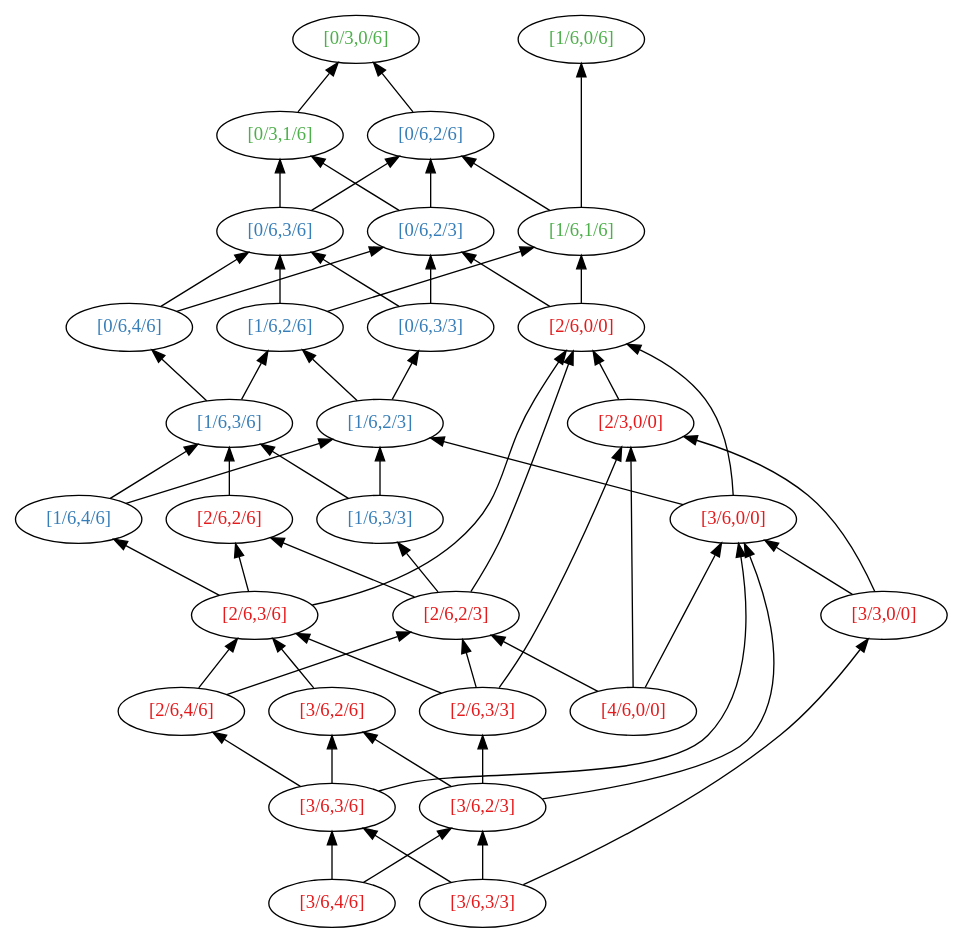
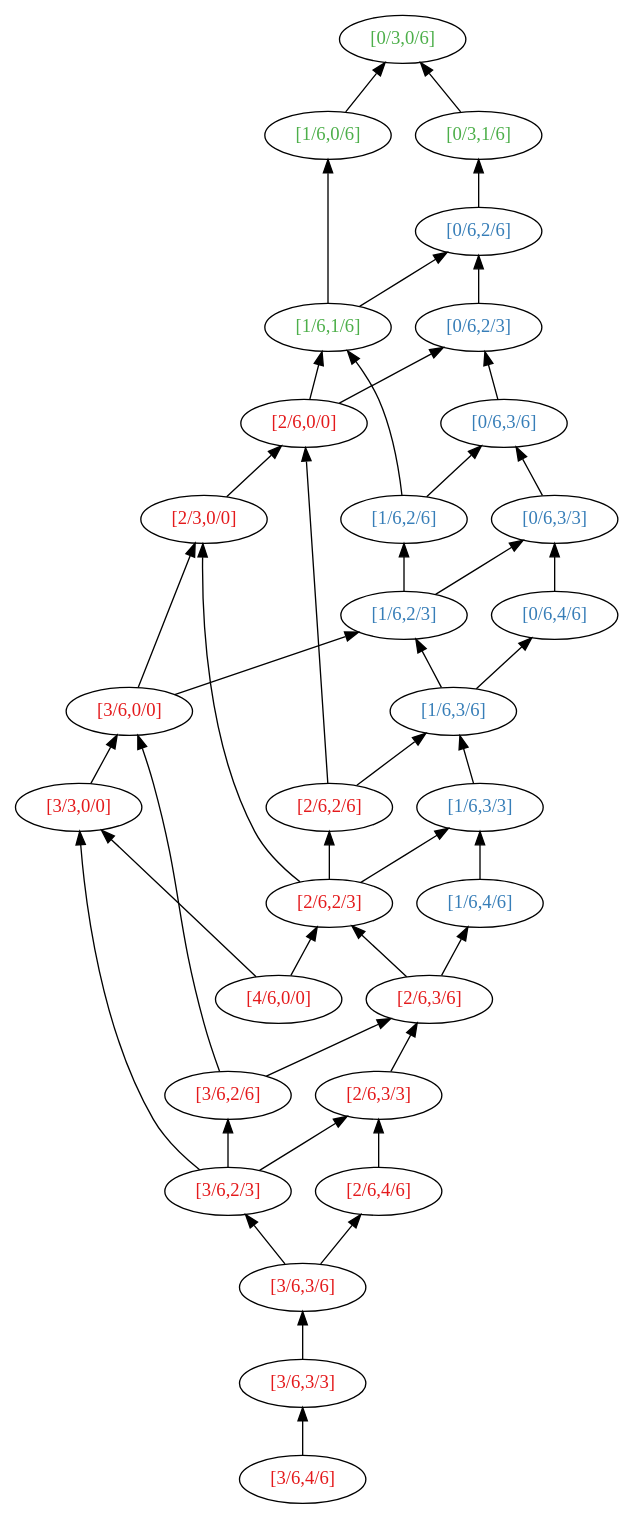
Before and after one commit to Precisfice/DEDUCTION: the diagram in HasseD2.dot, drawn with Graphviz. The commit also changed 7 other files, not shown here.

Commit message:
Update Hasse diagrams, now taller and less wide

```diff
--- a/HasseD2.dot
+++ b/HasseD2.dot
@@ -1,109 +1,108 @@
 strict digraph hasseD2 {
   rankdir=BT;
   node [colorscheme=set14, fontname="Helvetica:bold"];
   { rank=same;
-    "[3/6,3/3]" [fontcolor=1];
     "[3/6,4/6]" [fontcolor=1];
   }
   { rank=same;
-    "[3/6,2/3]" [fontcolor=1];
+    "[3/6,3/3]" [fontcolor=1];
+  }
+  { rank=same;
     "[3/6,3/6]" [fontcolor=1];
   }
   { rank=same;
-    "[4/6,0/0]" [fontcolor=1];
+    "[2/6,4/6]" [fontcolor=1];
+    "[3/6,2/3]" [fontcolor=1];
+  }
+  { rank=same;
     "[2/6,3/3]" [fontcolor=1];
-    "[2/6,4/6]" [fontcolor=1];
     "[3/6,2/6]" [fontcolor=1];
   }
   { rank=same;
-    "[3/3,0/0]" [fontcolor=1];
-    "[2/6,2/3]" [fontcolor=1];
+    "[4/6,0/0]" [fontcolor=1];
     "[2/6,3/6]" [fontcolor=1];
   }
   { rank=same;
-    "[3/6,0/0]" [fontcolor=1];
+    "[1/6,4/6]" [fontcolor=2];
+    "[2/6,2/3]" [fontcolor=1];
+  }
+  { rank=same;
+    "[3/3,0/0]" [fontcolor=1];
     "[1/6,3/3]" [fontcolor=2];
-    "[1/6,4/6]" [fontcolor=2];
     "[2/6,2/6]" [fontcolor=1];
   }
   { rank=same;
-    "[2/3,0/0]" [fontcolor=1];
-    "[1/6,2/3]" [fontcolor=2];
+    "[3/6,0/0]" [fontcolor=1];
     "[1/6,3/6]" [fontcolor=2];
   }
   { rank=same;
-    "[2/6,0/0]" [fontcolor=1];
+    "[0/6,4/6]" [fontcolor=2];
+    "[1/6,2/3]" [fontcolor=2];
+  }
+  { rank=same;
+    "[2/3,0/0]" [fontcolor=1];
     "[0/6,3/3]" [fontcolor=2];
-    "[0/6,4/6]" [fontcolor=2];
     "[1/6,2/6]" [fontcolor=2];
   }
   { rank=same;
+    "[2/6,0/0]" [fontcolor=1];
+    "[0/6,3/6]" [fontcolor=2];
+  }
+  { rank=same;
     "[0/6,2/3]" [fontcolor=2];
-    "[0/6,3/6]" [fontcolor=2];
     "[1/6,1/6]" [fontcolor=3];
   }
   { rank=same;
-    "[0/3,1/6]" [fontcolor=3];
     "[0/6,2/6]" [fontcolor=2];
   }
   { rank=same;
-    "[0/3,0/6]" [fontcolor=3];
+    "[0/3,1/6]" [fontcolor=3];
     "[1/6,0/6]" [fontcolor=3];
   }
-  "[3/6,3/3]" -> "[3/3,0/0]";
-  "[3/6,3/3]" -> "[3/6,2/3]";
+  { rank=same;
+    "[0/3,0/6]" [fontcolor=3];
+  }
+  "[3/6,4/6]" -> "[3/6,3/3]";
   "[3/6,3/3]" -> "[3/6,3/6]";
-  "[3/3,0/0]" -> "[2/3,0/0]";
+  "[3/6,3/6]" -> "[2/6,4/6]";
+  "[3/6,3/6]" -> "[3/6,2/3]";
+  "[2/6,4/6]" -> "[2/6,3/3]";
+  "[3/6,2/3]" -> "[2/6,3/3]";
+  "[3/6,2/3]" -> "[3/3,0/0]";
+  "[3/6,2/3]" -> "[3/6,2/6]";
+  "[2/6,3/3]" -> "[2/6,3/6]";
+  "[4/6,0/0]" -> "[3/3,0/0]";
+  "[4/6,0/0]" -> "[2/6,2/3]";
   "[3/3,0/0]" -> "[3/6,0/0]";
-  "[3/6,4/6]" -> "[3/6,2/3]";
-  "[3/6,4/6]" -> "[3/6,3/6]";
-  "[4/6,0/0]" -> "[2/3,0/0]";
-  "[4/6,0/0]" -> "[3/6,0/0]";
-  "[4/6,0/0]" -> "[2/6,2/3]";
-  "[3/6,2/3]" -> "[2/6,3/3]";
-  "[3/6,2/3]" -> "[3/6,0/0]";
-  "[3/6,2/3]" -> "[3/6,2/6]";
-  "[2/6,3/3]" -> "[2/3,0/0]";
-  "[2/6,3/3]" -> "[2/6,2/3]";
-  "[2/6,3/3]" -> "[2/6,3/6]";
+  "[3/6,2/6]" -> "[2/6,3/6]";
+  "[3/6,2/6]" -> "[3/6,0/0]";
+  "[2/6,3/6]" -> "[1/6,4/6]";
+  "[2/6,3/6]" -> "[2/6,2/3]";
+  "[1/6,4/6]" -> "[1/6,3/3]";
+  "[2/6,2/3]" -> "[1/6,3/3]";
+  "[2/6,2/3]" -> "[2/3,0/0]";
+  "[2/6,2/3]" -> "[2/6,2/6]";
+  "[1/6,3/3]" -> "[1/6,3/6]";
+  "[3/6,0/0]" -> "[2/3,0/0]";
+  "[3/6,0/0]" -> "[1/6,2/3]";
   "[2/3,0/0]" -> "[2/6,0/0]";
-  "[3/6,3/6]" -> "[2/6,4/6]";
-  "[3/6,3/6]" -> "[3/6,0/0]";
-  "[3/6,3/6]" -> "[3/6,2/6]";
-  "[2/6,4/6]" -> "[2/6,2/3]";
-  "[2/6,4/6]" -> "[2/6,3/6]";
-  "[3/6,0/0]" -> "[2/6,0/0]";
-  "[3/6,0/0]" -> "[1/6,2/3]";
-  "[2/6,2/3]" -> "[1/6,3/3]";
-  "[2/6,2/3]" -> "[2/6,0/0]";
-  "[2/6,2/3]" -> "[2/6,2/6]";
-  "[1/6,3/3]" -> "[1/6,2/3]";
-  "[1/6,3/3]" -> "[1/6,3/6]";
-  "[3/6,2/6]" -> "[2/6,3/6]";
-  "[2/6,3/6]" -> "[1/6,4/6]";
-  "[2/6,3/6]" -> "[2/6,0/0]";
-  "[2/6,3/6]" -> "[2/6,2/6]";
-  "[1/6,4/6]" -> "[1/6,2/3]";
-  "[1/6,4/6]" -> "[1/6,3/6]";
+  "[2/6,2/6]" -> "[1/6,3/6]";
+  "[2/6,2/6]" -> "[2/6,0/0]";
+  "[1/6,3/6]" -> "[0/6,4/6]";
+  "[1/6,3/6]" -> "[1/6,2/3]";
+  "[0/6,4/6]" -> "[0/6,3/3]";
+  "[1/6,2/3]" -> "[0/6,3/3]";
+  "[1/6,2/3]" -> "[1/6,2/6]";
+  "[0/6,3/3]" -> "[0/6,3/6]";
   "[2/6,0/0]" -> "[0/6,2/3]";
   "[2/6,0/0]" -> "[1/6,1/6]";
-  "[1/6,2/3]" -> "[0/6,3/3]";
-  "[1/6,2/3]" -> "[1/6,2/6]";
-  "[0/6,3/3]" -> "[0/6,2/3]";
-  "[0/6,3/3]" -> "[0/6,3/6]";
-  "[2/6,2/6]" -> "[1/6,3/6]";
-  "[1/6,3/6]" -> "[0/6,4/6]";
-  "[1/6,3/6]" -> "[1/6,2/6]";
-  "[0/6,4/6]" -> "[0/6,2/3]";
-  "[0/6,4/6]" -> "[0/6,3/6]";
-  "[0/6,2/3]" -> "[0/3,1/6]";
-  "[0/6,2/3]" -> "[0/6,2/6]";
   "[1/6,2/6]" -> "[0/6,3/6]";
   "[1/6,2/6]" -> "[1/6,1/6]";
-  "[0/6,3/6]" -> "[0/3,1/6]";
-  "[0/6,3/6]" -> "[0/6,2/6]";
-  "[0/3,1/6]" -> "[0/3,0/6]";
+  "[0/6,3/6]" -> "[0/6,2/3]";
+  "[0/6,2/3]" -> "[0/6,2/6]";
   "[1/6,1/6]" -> "[0/6,2/6]";
   "[1/6,1/6]" -> "[1/6,0/6]";
-  "[0/6,2/6]" -> "[0/3,0/6]";
+  "[0/6,2/6]" -> "[0/3,1/6]";
+  "[0/3,1/6]" -> "[0/3,0/6]";
+  "[1/6,0/6]" -> "[0/3,0/6]";
 }
```
